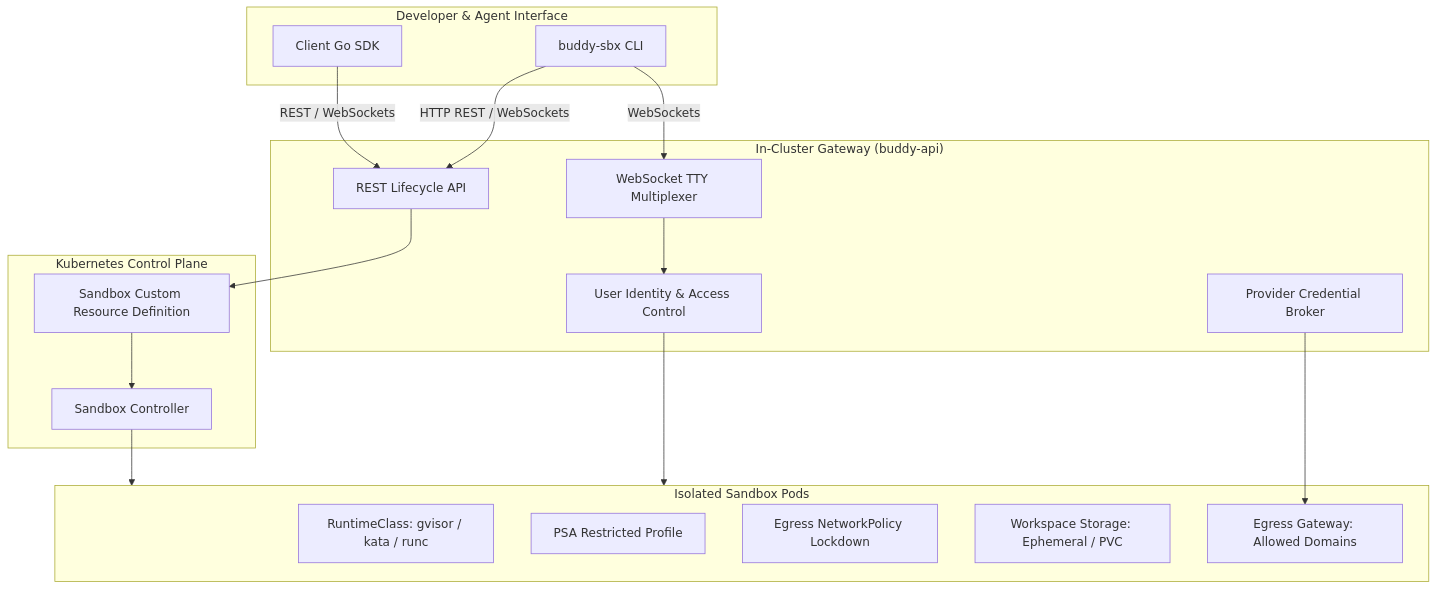
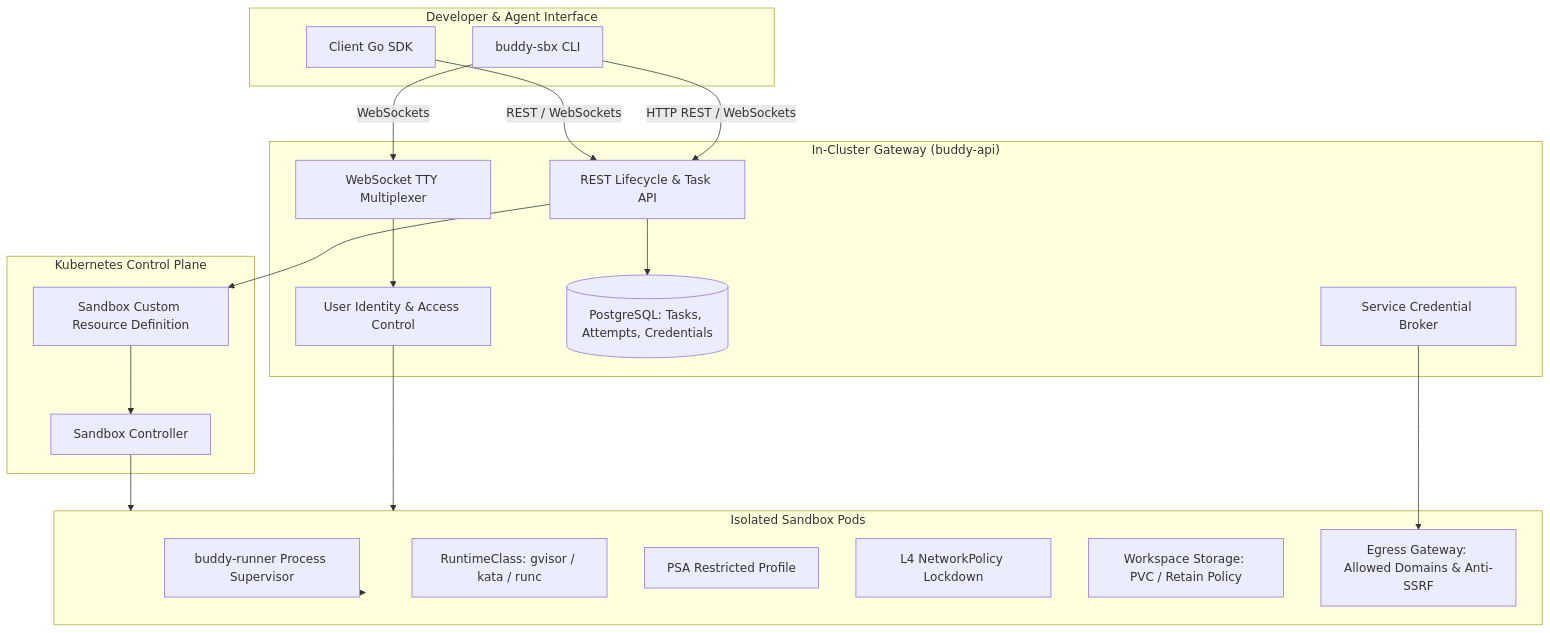
One commit to hoangndst/buddy-sandboxes changed the first of 2 diagrams in docs/roadmap.md. Above: the diagram before and after it, drawn with Mermaid. The commit also changed other lines of this file and 1 other file, not shown here.

Commit message:
docs(roadmap): update platform architecture and forward roadmap

````diff
--- a/docs/roadmap.md
+++ b/docs/roadmap.md
@@ -16,36 +17,40 @@
 ```mermaid
 flowchart TD
     subgraph ClientLayer["Developer & Agent Interface"]
         CLI[buddy-sbx CLI]
         SDK[Client Go SDK]
     end
 
     subgraph GatewayLayer["In-Cluster Gateway (buddy-api)"]
-        REST[REST Lifecycle API]
+        REST[REST Lifecycle & Task API]
         WS[WebSocket TTY Multiplexer]
-        Broker[Provider Credential Broker]
+        Broker[Service Credential Broker]
+        TaskStore[(PostgreSQL: Tasks, Attempts, Credentials)]
         Auth[User Identity & Access Control]
     end
 
     subgraph ControlPlane["Kubernetes Control Plane"]
         CRD[Sandbox Custom Resource Definition]
         Reconciler[Sandbox Controller]
     end
 
     subgraph WorkloadLayer["Isolated Sandbox Pods"]
+        Runner[buddy-runner Process Supervisor]
         Runtime[RuntimeClass: gvisor / kata / runc]
         Security[PSA Restricted Profile]
-        NetPol[Egress NetworkPolicy Lockdown]
-        Workspace[Workspace Storage: Ephemeral / PVC]
-        Proxy[Egress Gateway: Allowed Domains]
+        NetPol[L4 NetworkPolicy Lockdown]
+        Workspace[Workspace Storage: PVC / Retain Policy]
+        Proxy[Egress Gateway: Allowed Domains & Anti-SSRF]
     end
 
     CLI -->|HTTP REST / WebSockets| REST
     CLI -->|WebSockets| WS
     SDK -->|REST / WebSockets| REST
+    REST --> TaskStore
     REST --> CRD
     WS --> Auth --> WorkloadLayer
     Broker --> Proxy
     CRD --> Reconciler
     Reconciler --> WorkloadLayer
+    WorkloadLayer --> Runner
 ```
````
